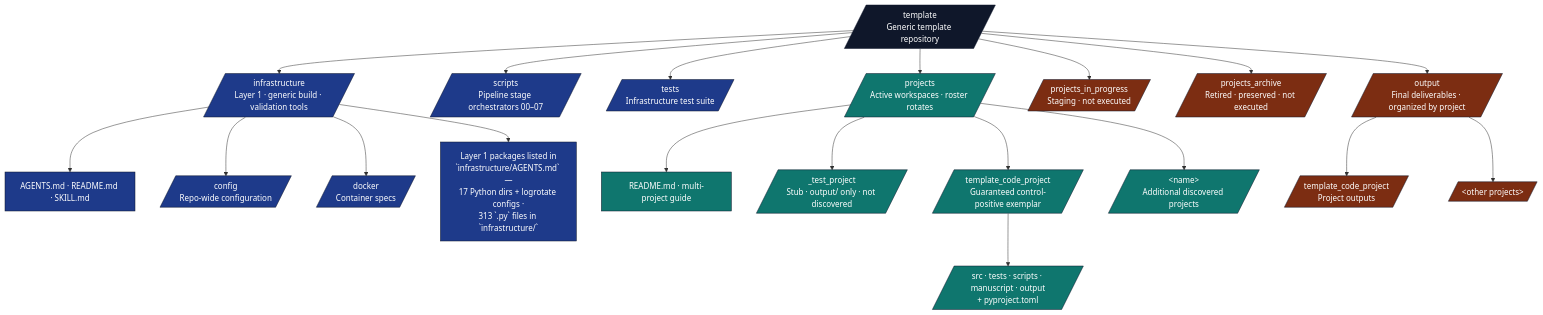
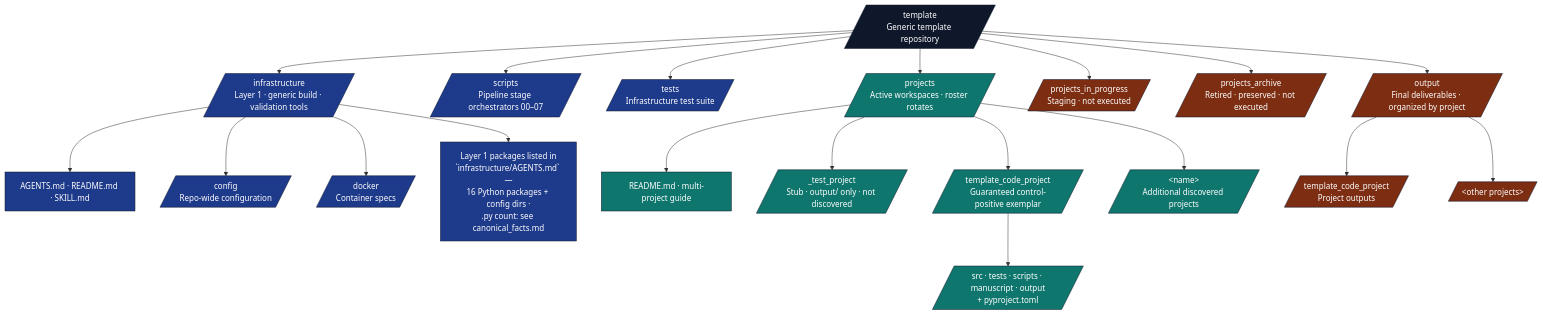
One commit to docxology/template changed the first of 4 diagrams in AGENTS.md. Above: the diagram before and after it, drawn with Mermaid. The commit also changed other lines of this file and 952 other files, not shown here.

````diff
--- a/AGENTS.md
+++ b/AGENTS.md
@@ -190,36 +217,36 @@
 ```mermaid
 flowchart TB
     ROOT[/template<br/>Generic template repository/]
 
     ROOT --> INFRA[/infrastructure<br/>Layer 1 · generic build · validation tools/]
     ROOT --> SCRIPTS[/scripts<br/>Pipeline stage orchestrators 00–07/]
     ROOT --> TESTS[/tests<br/>Infrastructure test suite/]
     ROOT --> PROJECTS[/projects<br/>Active workspaces · roster rotates/]
     ROOT --> WIP[/projects_in_progress<br/>Staging · not executed/]
     ROOT --> ARCH[/projects_archive<br/>Retired · preserved · not executed/]
     ROOT --> OUT[/output<br/>Final deliverables · organized by project/]
 
     INFRA --> I_DOCS[AGENTS.md · README.md · SKILL.md]
     INFRA --> I_CONFIG[/config<br/>Repo-wide configuration/]
     INFRA --> I_DOCKER[/docker<br/>Container specs/]
-    INFRA --> I_SUB[Layer 1 packages listed in<br/>`infrastructure/AGENTS.md` —<br/>17 Python dirs + logrotate configs ·<br/>313 `.py` files in `infrastructure/`]
+    INFRA --> I_SUB[Layer 1 packages listed in<br/>`infrastructure/AGENTS.md` —<br/>16 Python packages + config dirs ·<br/>.py count: see canonical_facts.md]
 
     PROJECTS --> P_README[README.md · multi-project guide]
     PROJECTS --> P_STUB[/_test_project<br/>Stub · output/ only · not discovered/]
     PROJECTS --> P_CODE[/template_code_project<br/>Guaranteed control-positive exemplar/]
     PROJECTS --> P_OTHER[/&lt;name&gt;<br/>Additional discovered projects/]
 
     P_CODE --> P_C_SRC[/src · tests · scripts · manuscript · output<br/>+ pyproject.toml/]
 
     OUT --> O_CODE[/template_code_project<br/>Project outputs/]
     OUT --> O_DOTS[/&lt;other projects&gt;/]
 
     classDef root fill:#0f172a,stroke:#0f172a,color:#fff
     classDef l1 fill:#1e3a8a,stroke:#0f172a,color:#fff
     classDef l2 fill:#0f766e,stroke:#0f172a,color:#fff
     classDef gen fill:#7c2d12,stroke:#0f172a,color:#fff
     class ROOT root
     class INFRA,SCRIPTS,TESTS,I_CONFIG,I_DOCKER,I_SUB,I_DOCS l1
     class PROJECTS,P_CODE,P_OTHER,P_STUB,P_README,P_C_SRC l2
     class WIP,ARCH,OUT,O_CODE,O_DOTS gen
 ```
````
